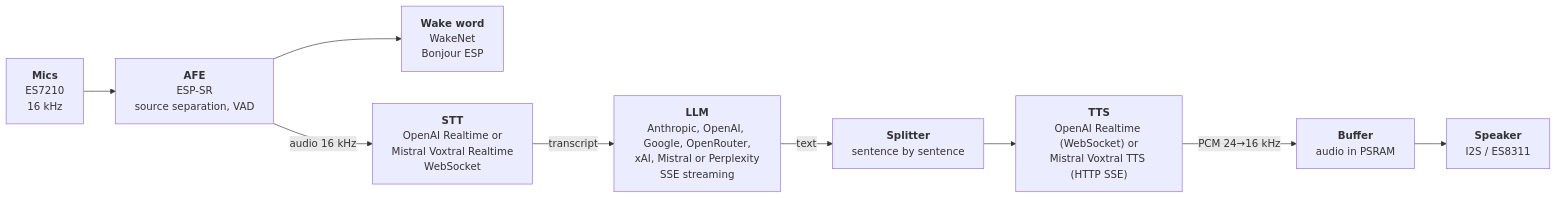
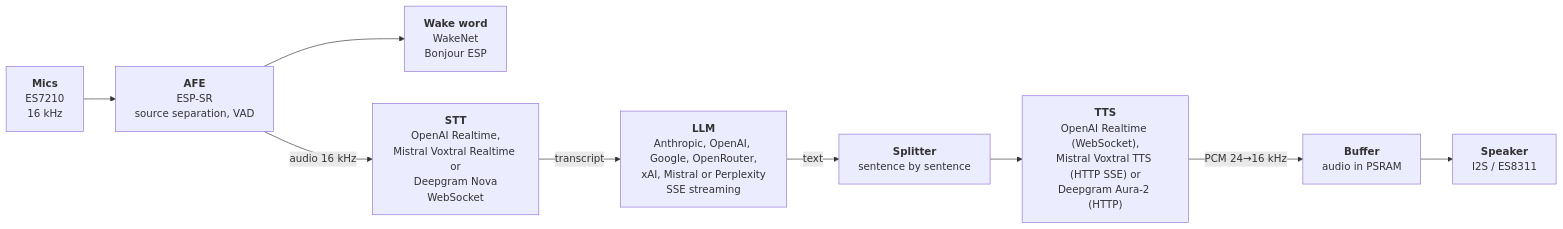
Before and after one commit to vletroye/ESP32-S3-Voice-Assistant: the diagram in README.md, drawn with Mermaid. The commit also changed other lines of this file and 20 other files, not shown here.

First line of the commit message:
Deepgram transcription (Nova-3, Nova-2) and speech (Aura-2), with Deepgram_key

````diff
--- a/README.md
+++ b/README.md
@@ -1306,11 +1313,11 @@
 ```mermaid
 flowchart LR
     MIC["<b>Mics</b><br/>ES7210<br/>16 kHz"] --> AFE["<b>AFE</b><br/>ESP-SR<br/>source separation, VAD"]
     AFE --> WN["<b>Wake word</b><br/>WakeNet<br/>Bonjour ESP"]
-    AFE -->|audio 16 kHz| STT["<b>STT</b><br/>OpenAI Realtime or<br/>Mistral Voxtral Realtime<br/>WebSocket"]
+    AFE -->|audio 16 kHz| STT["<b>STT</b><br/>OpenAI Realtime,<br/>Mistral Voxtral Realtime or<br/>Deepgram Nova<br/>WebSocket"]
     STT -->|transcript| LLM["<b>LLM</b><br/>Anthropic, OpenAI, Google, OpenRouter,<br/>xAI, Mistral or Perplexity<br/>SSE streaming"]
     LLM -->|text| SPL["<b>Splitter</b><br/>sentence by sentence"]
-    SPL --> TTS["<b>TTS</b><br/>OpenAI Realtime (WebSocket) or<br/>Mistral Voxtral TTS (HTTP SSE)"]
+    SPL --> TTS["<b>TTS</b><br/>OpenAI Realtime (WebSocket),<br/>Mistral Voxtral TTS (HTTP SSE) or<br/>Deepgram Aura-2 (HTTP)"]
     TTS -->|PCM 24→16 kHz| BUF["<b>Buffer</b><br/>audio in PSRAM"]
     BUF --> SPK["<b>Speaker</b><br/>I2S / ES8311"]
 ```
````
